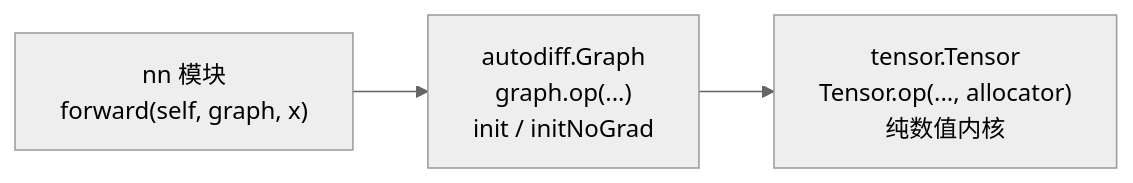
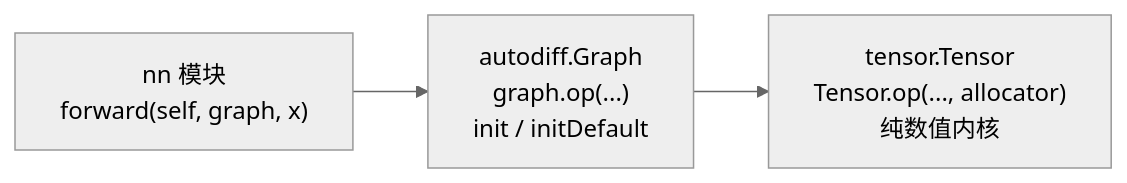
Before and after one commit to chen-gz/znn: the second of 3 diagrams in doc/architecture.md, drawn with Mermaid (neutral theme). The commit also changed other lines of this file and 56 other files, not shown here.

````diff
--- a/doc/architecture.md
+++ b/doc/architecture.md
@@ -200,5 +216,5 @@
 ```mermaid
 flowchart LR
-    NN["nn 模块\nforward(self, graph, x)"] --> Graph["autodiff.Graph\ngraph.op(...)\ninit / initNoGrad"]
+    NN["nn 模块\nforward(self, graph, x)"] --> Graph["autodiff.Graph\ngraph.op(...)\ninit / initDefault"]
     Graph --> Tensor["tensor.Tensor\nTensor.op(..., allocator)\n纯数值内核"]
 ```
````
